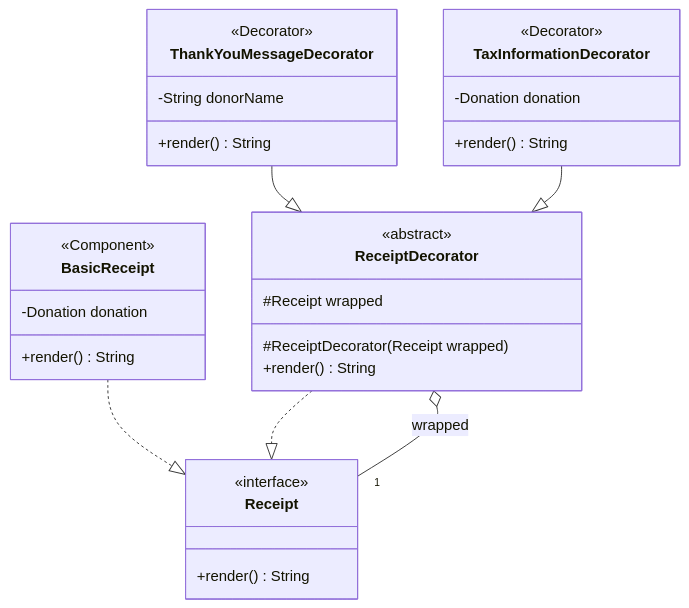
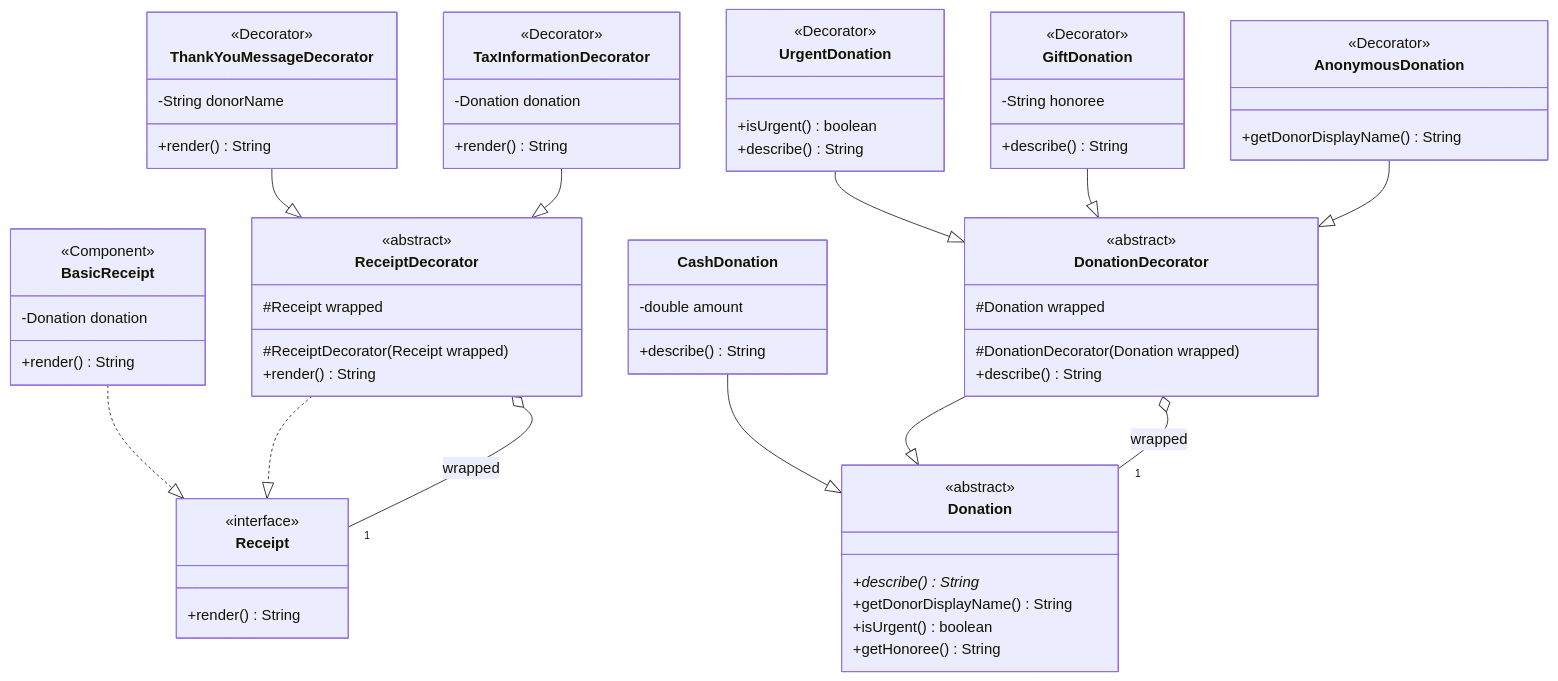
One commit to Abdallah1707/Ripple changed the fourth of 7 diagrams in docs/class-diagram.md. Above: the diagram before and after it, drawn with Mermaid. The commit also changed other lines of this file and 28 other files, not shown here.

Commit message:
added donation extras decorator

````diff
--- a/docs/class-diagram.md
+++ b/docs/class-diagram.md
@@ -1077,34 +1142,71 @@
 ```mermaid
 classDiagram
 direction TB
 class Receipt {
     <<interface>>
     +render() String
 }
 class BasicReceipt {
     <<Component>>
     -Donation donation
     +render() String
 }
 class ReceiptDecorator {
     <<abstract>>
     #Receipt wrapped
     #ReceiptDecorator(Receipt wrapped)
     +render() String
 }
 class ThankYouMessageDecorator {
     <<Decorator>>
     -String donorName
     +render() String
 }
 class TaxInformationDecorator {
     <<Decorator>>
     -Donation donation
     +render() String
 }
 BasicReceipt ..|> Receipt
 ReceiptDecorator ..|> Receipt
 ReceiptDecorator o-- "1" Receipt : wrapped
 ThankYouMessageDecorator --|> ReceiptDecorator
 TaxInformationDecorator --|> ReceiptDecorator
+class Donation {
+    <<abstract>>
+    +describe()* String
+    +getDonorDisplayName() String
+    +isUrgent() boolean
+    +getHonoree() String
+}
+class CashDonation {
+    -double amount
+    +describe() String
+}
+class DonationDecorator {
+    <<abstract>>
+    #Donation wrapped
+    #DonationDecorator(Donation wrapped)
+    +describe() String
+}
+class UrgentDonation {
+    <<Decorator>>
+    +isUrgent() boolean
+    +describe() String
+}
+class GiftDonation {
+    <<Decorator>>
+    -String honoree
+    +describe() String
+}
+class AnonymousDonation {
+    <<Decorator>>
+    +getDonorDisplayName() String
+}
+CashDonation --|> Donation
+DonationDecorator --|> Donation
+DonationDecorator o-- "1" Donation : wrapped
+UrgentDonation --|> DonationDecorator
+GiftDonation --|> DonationDecorator
+AnonymousDonation --|> DonationDecorator
 ```
````
